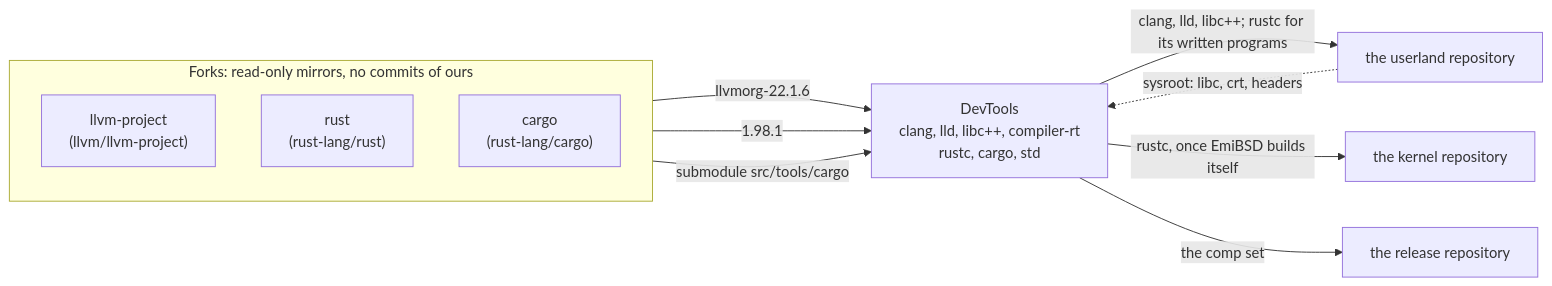
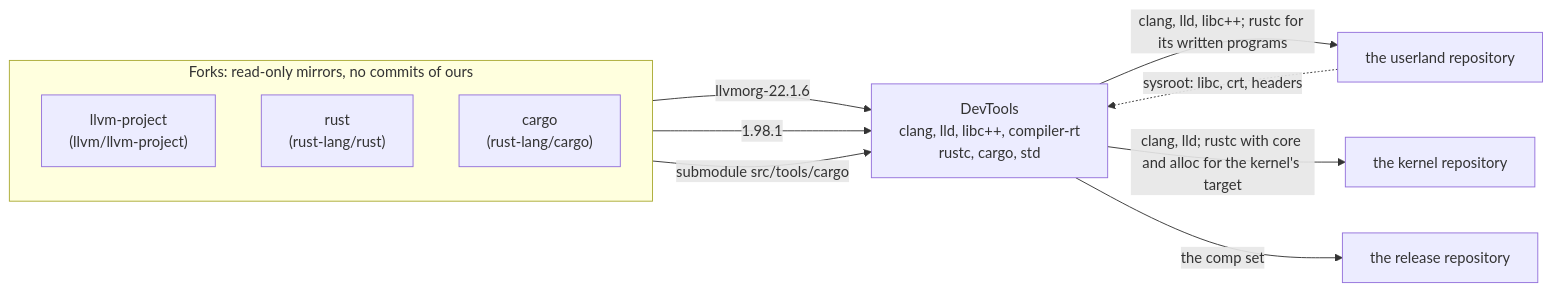
The diagram in docs/TOOLCHAIN.md (EmiBSD/DevTools), drawn with Mermaid before and after one commit. The commit also changed other lines of this file and 7 other files, not shown here.

````diff
--- a/docs/TOOLCHAIN.md
+++ b/docs/TOOLCHAIN.md
@@ -15,21 +15,21 @@
 ```mermaid
 flowchart LR
     subgraph forks["Forks: read-only mirrors, no commits of ours"]
         direction TB
         llvm["llvm-project<br/>(llvm/llvm-project)"]
         rust["rust<br/>(rust-lang/rust)"]
         cargo["cargo<br/>(rust-lang/cargo)"]
     end
     dev["DevTools<br/>clang, lld, libc++, compiler-rt<br/>rustc, cargo, std"]
     ul["the userland repository"]
     k["the kernel repository"]
     os["the release repository"]
 
     llvm -- "llvmorg-22.1.6" --> dev
     rust -- "1.98.1" --> dev
     cargo -- "submodule src/tools/cargo" --> dev
     dev -- "clang, lld, libc++; rustc for its written programs" --> ul
-    dev -- "rustc, once EmiBSD builds itself" --> k
+    dev -- "clang, lld; rustc with core and alloc for the kernel's target" --> k
     dev -- "the comp set" --> os
     ul -. "sysroot: libc, crt, headers" .-> dev
 ```
````
